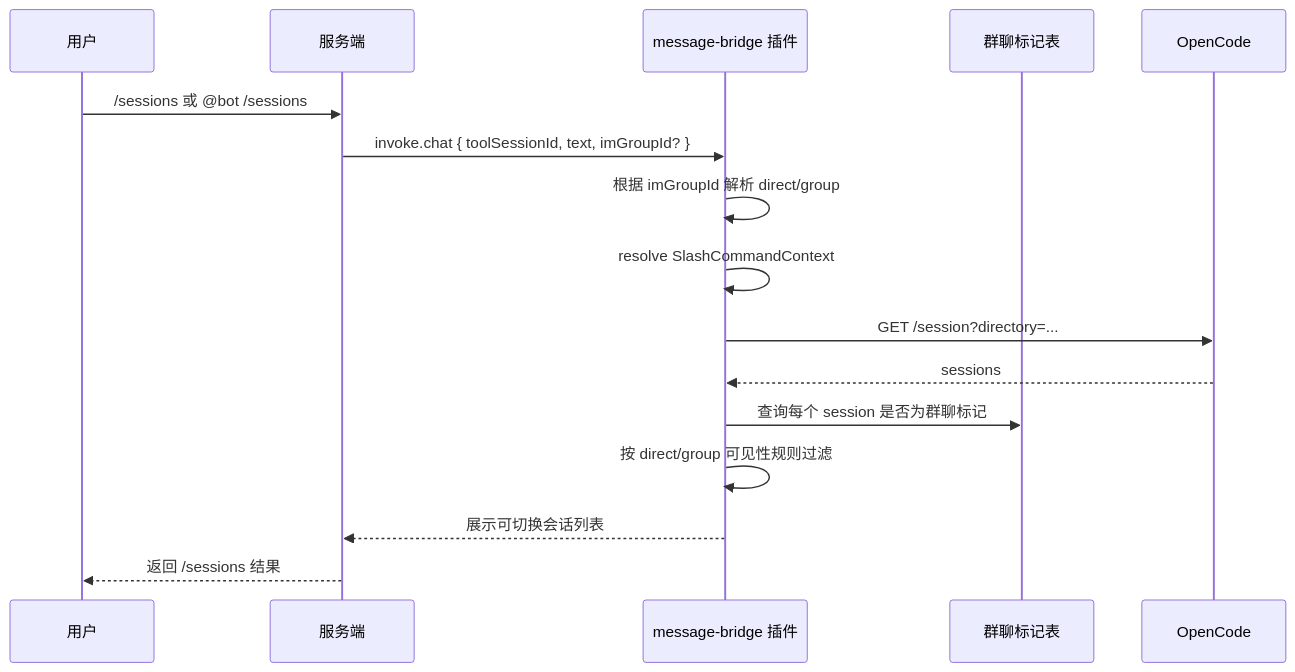
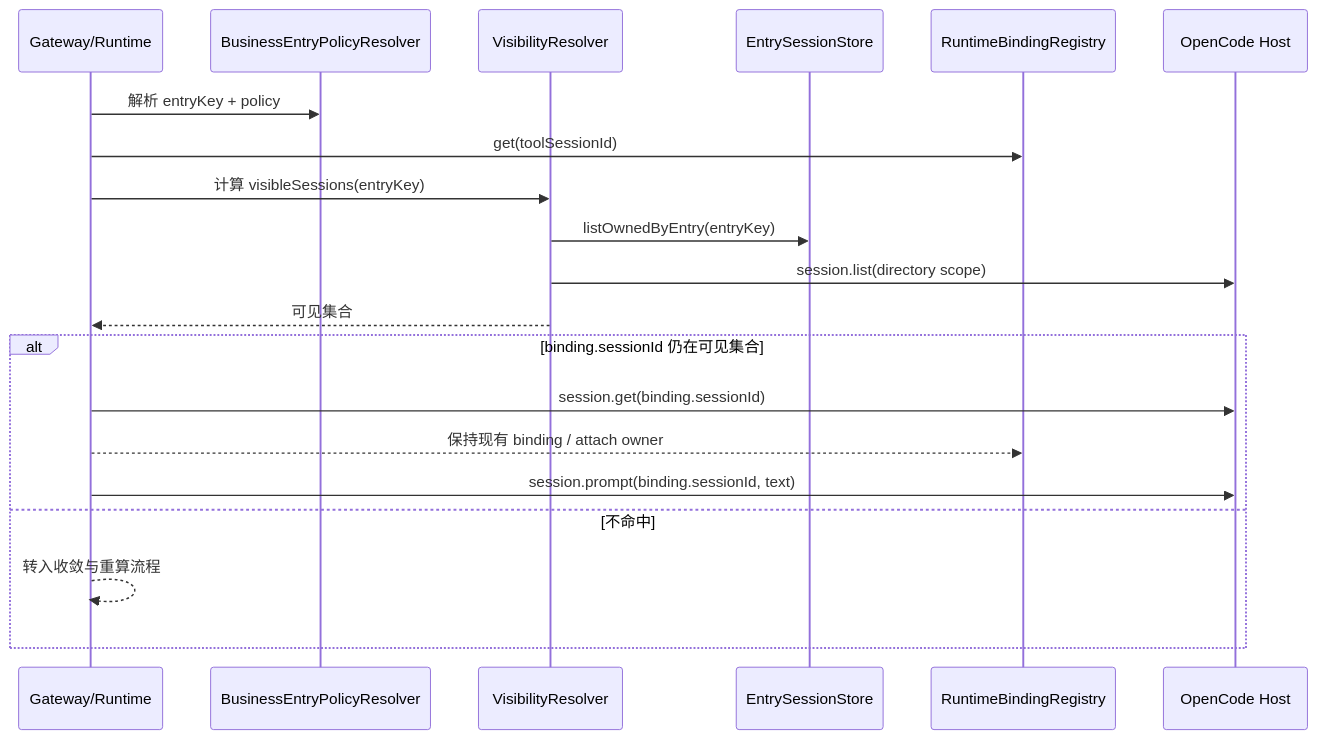
One commit to yuzhangCZ/agent-plugin changed the eighth of 18 diagrams in docs/design/message-bridge-opencode-session-isolation-solution.md. Above: the diagram before and after it, drawn with Mermaid. The commit also changed other lines of this file and 1 other file, not shown here.

Commit message:
docs(message-bridge): 补齐 opencode 会话隔离设计与控制面接口

````diff
--- a/docs/design/message-bridge-opencode-session-isolation-solution.md
+++ b/docs/design/message-bridge-opencode-session-isolation-solution.md
@@ -395,19 +767,23 @@
 ```mermaid
 sequenceDiagram
-  participant User as 用户
-  participant Server as 服务端
-  participant Plugin as message-bridge 插件
-  participant Mark as 群聊标记表
-  participant OpenCode as OpenCode
+  participant Gateway as Gateway/Runtime
+  participant Policy as BusinessEntryPolicyResolver
+  participant Visible as VisibilityResolver
+  participant Store as EntrySessionStore
+  participant Binding as RuntimeBindingRegistry
+  participant Host as OpenCode Host
 
-  User->>Server: /sessions 或 @bot /sessions
-  Server->>Plugin: invoke.chat { toolSessionId, text, imGroupId? }
-  Plugin->>Plugin: 根据 imGroupId 解析 direct/group
-  Plugin->>Plugin: resolve SlashCommandContext
-  Plugin->>OpenCode: GET /session?directory=...
-  OpenCode-->>Plugin: sessions
-  Plugin->>Mark: 查询每个 session 是否为群聊标记
-  Plugin->>Plugin: 按 direct/group 可见性规则过滤
-  Plugin-->>Server: 展示可切换会话列表
-  Server-->>User: 返回 /sessions 结果
+  Gateway->>Policy: 解析 entryKey + policy
+  Gateway->>Binding: get(toolSessionId)
+  Gateway->>Visible: 计算 visibleSessions(entryKey)
+  Visible->>Store: listOwnedByEntry(entryKey)
+  Visible->>Host: session.list(directory scope)
+  Visible-->>Gateway: 可见集合
+  alt binding.sessionId 仍在可见集合
+    Gateway->>Host: session.get(binding.sessionId)
+    Gateway-->>Binding: 保持现有 binding / attach owner
+    Gateway->>Host: session.prompt(binding.sessionId, text)
+  else 不命中
+    Gateway-->>Gateway: 转入收敛与重算流程
+  end
 ```
````
